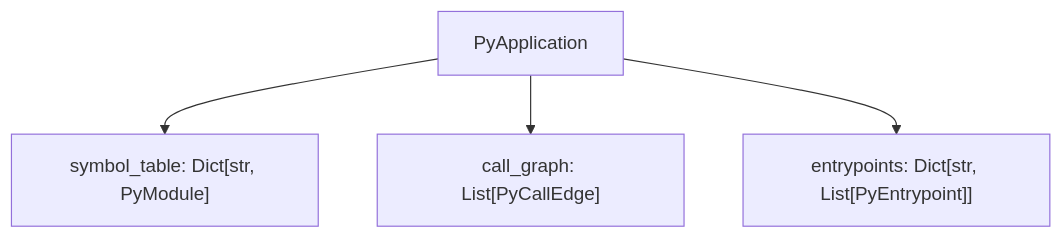
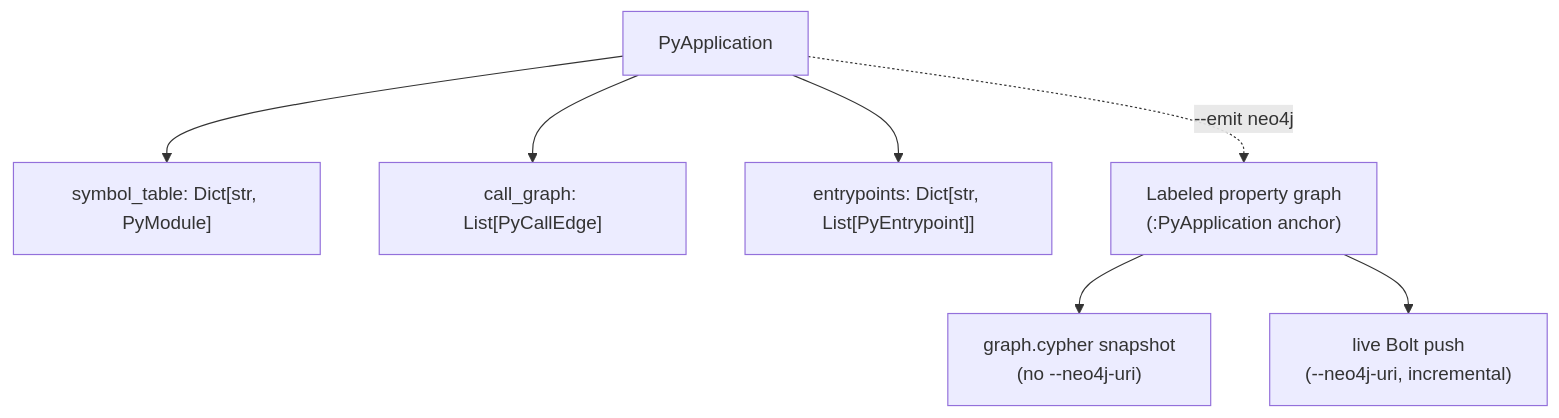
The first of 4 diagrams in src/content/docs/guides/concepts.mdx (codellm-devkit/codeanalyzer-python), drawn with Mermaid before and after one commit. The commit also changed other lines of this file and 14 other files, not shown here.

First line of the commit message:
docs: document Neo4j property-graph output (scale, Kubernetes, enterprise)

````diff
--- a/src/content/docs/guides/concepts.mdx
+++ b/src/content/docs/guides/concepts.mdx
@@ -10,9 +10,12 @@
 ```mermaid
 flowchart TB
     ST["symbol_table: Dict[str, PyModule]"]
     CG["call_graph: List[PyCallEdge]"]
     EP["entrypoints: Dict[str, List[PyEntrypoint]]"]
     APP["PyApplication"] --> ST
     APP --> CG
     APP --> EP
+    APP -. "--emit neo4j" .-> PG["Labeled property graph<br/>(:PyApplication anchor)"]
+    PG --> SNAP["graph.cypher snapshot<br/>(no --neo4j-uri)"]
+    PG --> BOLT["live Bolt push<br/>(--neo4j-uri, incremental)"]
 ```
````
